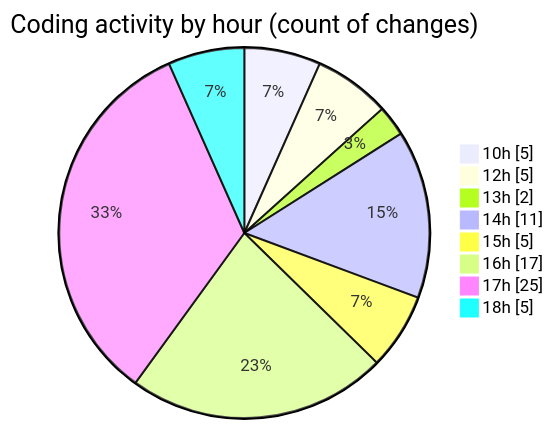
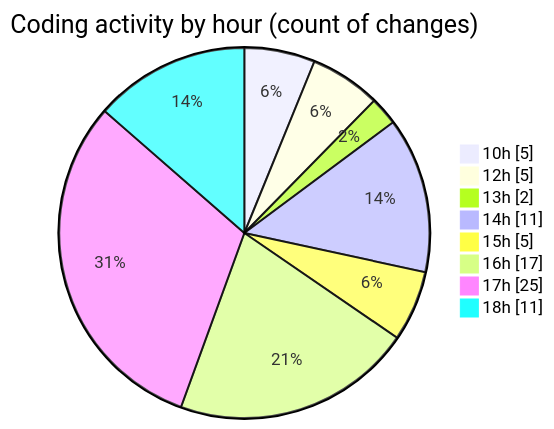
Before and after one commit to Ritupan-Deka/code-tracking: the second of 2 diagrams in 2025-07-07/urlwebwala_intership_work/README.md, drawn with Mermaid. The commit also changed other lines of this file and 1 other file, not shown here.

````diff
--- a/2025-07-07/urlwebwala_intership_work/README.md
+++ b/2025-07-07/urlwebwala_intership_work/README.md
@@ -30,12 +30,12 @@
 ```mermaid
 pie showData
 title Coding activity by hour (count of changes)
 "10h" : 5
 "12h" : 5
 "13h" : 2
 "14h" : 11
 "15h" : 5
 "16h" : 17
 "17h" : 25
-"18h" : 5
+"18h" : 11
 ```
````
